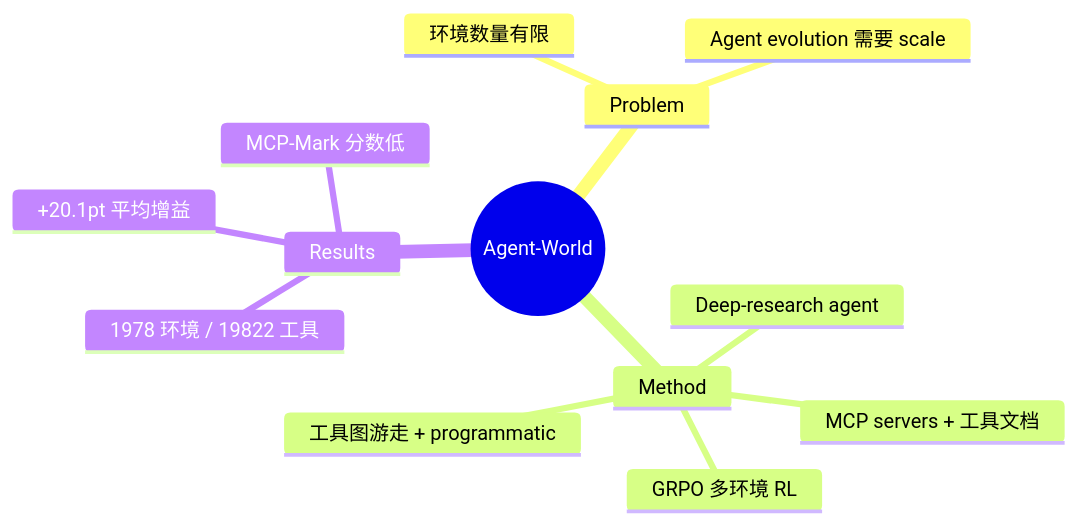
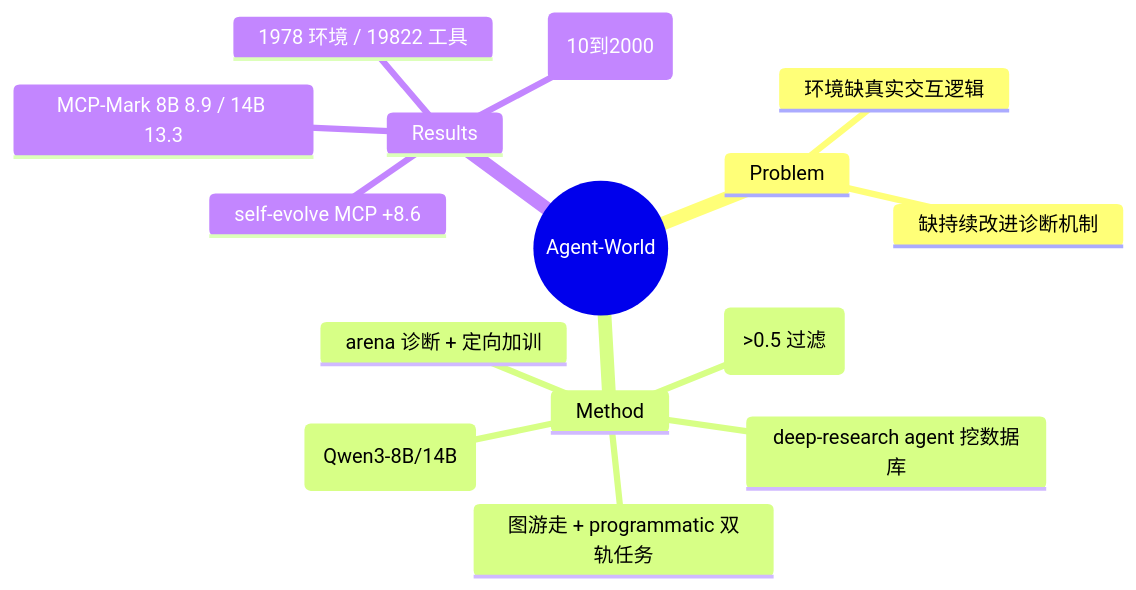
One commit to Kendrick-Stein/MCISLAB_DeepRead changed the diagram in Papers/2604-AgentWorld.md. Above: the diagram before and after it, drawn with Mermaid. The commit also changed other lines of this file and 21 other files, not shown here.

````diff
--- a/Papers/2604-AgentWorld.md
+++ b/Papers/2604-AgentWorld.md
@@ -56,16 +73,18 @@
 ```mermaid
 mindmap
   root((Agent-World))
     Problem
-      环境数量有限
-      Agent evolution 需要 scale
+      环境缺真实交互逻辑
+      缺持续改进诊断机制
     Method
-      MCP servers + 工具文档
-      Deep-research agent
-      工具图游走 + programmatic
-      GRPO 多环境 RL
+      deep-research agent 挖数据库
+      coding agent 合成工具(>0.5 过滤)
+      图游走 + programmatic 双轨任务
+      GRPO 多环境 RL (Qwen3-8B/14B)
+      arena 诊断 + 定向加训
     Results
       1978 环境 / 19822 工具
-      +20.1pt 平均增益
-      MCP-Mark 分数低
+      scaling +20.1pt (10到2000)
+      MCP-Mark 8B 8.9 / 14B 13.3
+      self-evolve MCP +8.6
 ```
````
